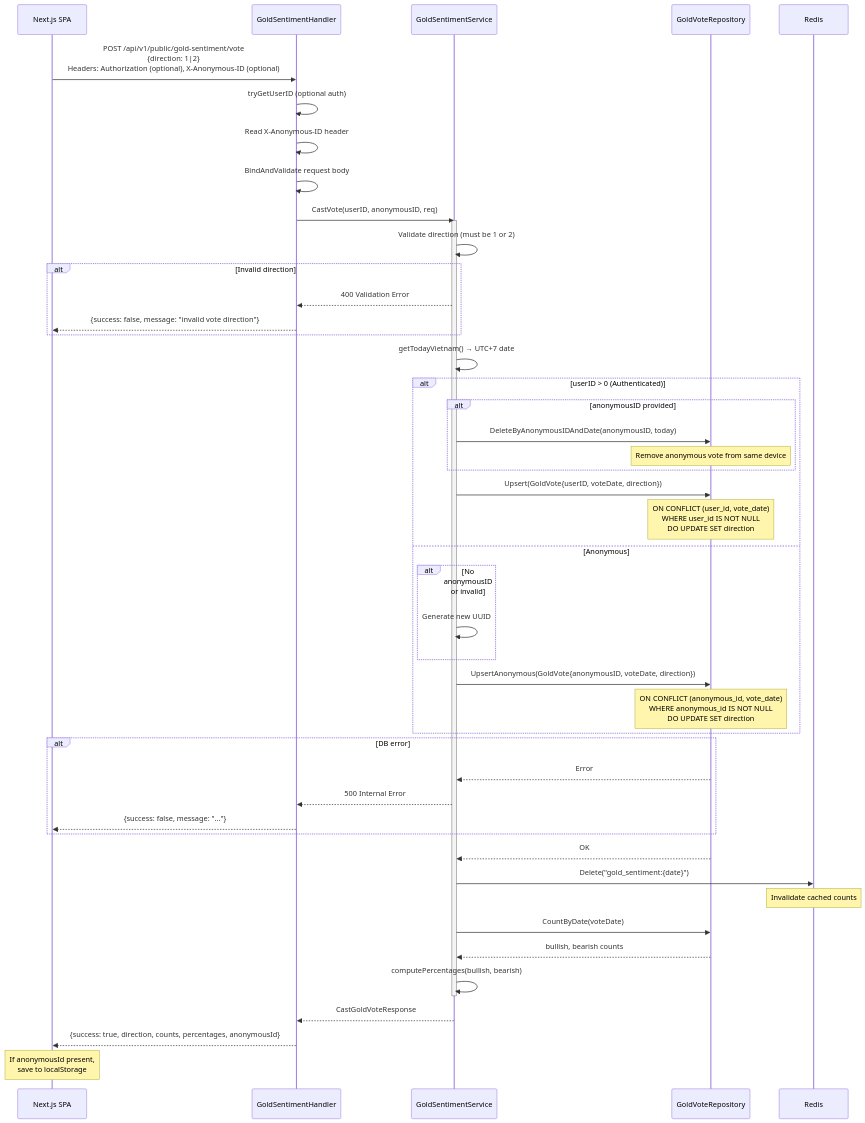
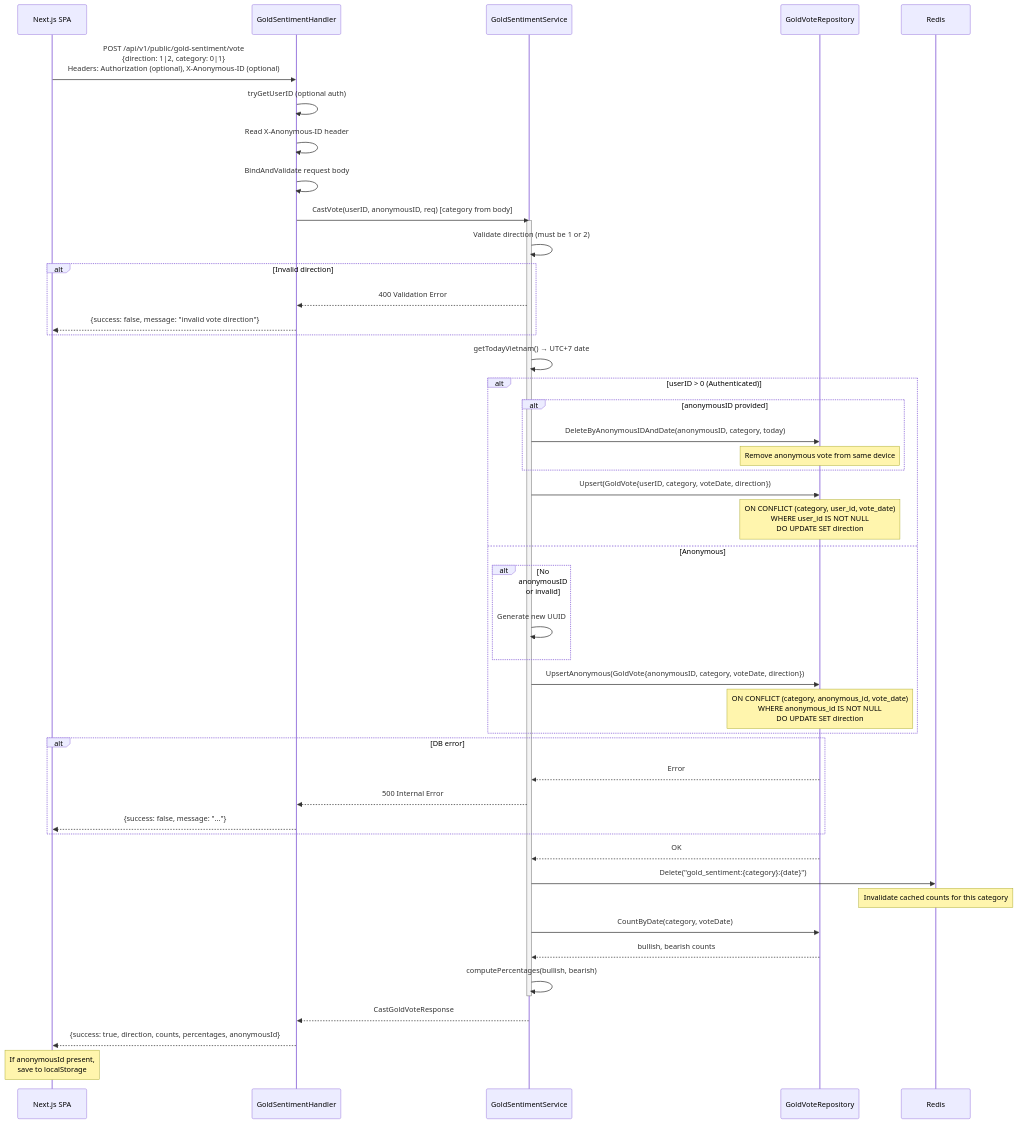
The first of 3 diagrams in docs/architecture/flow-gold-sentiment.md (khanhnq1406/wealth-journey), drawn with Mermaid before and after one commit. The commit also changed other lines of this file and 3 other files, not shown here.

First line of the commit message:
docs(architecture): update C4 and flow diagrams for sentiment generalization

````diff
--- a/docs/architecture/flow-gold-sentiment.md
+++ b/docs/architecture/flow-gold-sentiment.md
@@ -19,57 +19,57 @@
 ```mermaid
 sequenceDiagram
     participant SPA as Next.js SPA
     participant H as GoldSentimentHandler
     participant GS as GoldSentimentService
     participant VR as GoldVoteRepository
     participant R as Redis
 
-    SPA->>H: POST /api/v1/public/gold-sentiment/vote<br/>{direction: 1|2}<br/>Headers: Authorization (optional), X-Anonymous-ID (optional)
+    SPA->>H: POST /api/v1/public/gold-sentiment/vote<br/>{direction: 1|2, category: 0|1}<br/>Headers: Authorization (optional), X-Anonymous-ID (optional)
     H->>H: tryGetUserID (optional auth)
     H->>H: Read X-Anonymous-ID header
     H->>H: BindAndValidate request body
-    H->>GS: CastVote(userID, anonymousID, req)
+    H->>GS: CastVote(userID, anonymousID, req) [category from body]
 
     activate GS
     GS->>GS: Validate direction (must be 1 or 2)
     alt Invalid direction
         GS-->>H: 400 Validation Error
         H-->>SPA: {success: false, message: "invalid vote direction"}
     end
 
     GS->>GS: getTodayVietnam() → UTC+7 date
 
     alt userID > 0 (Authenticated)
         alt anonymousID provided
-            GS->>VR: DeleteByAnonymousIDAndDate(anonymousID, today)
+            GS->>VR: DeleteByAnonymousIDAndDate(anonymousID, category, today)
             Note over VR: Remove anonymous vote from same device
         end
-        GS->>VR: Upsert(GoldVote{userID, voteDate, direction})
-        Note over VR: ON CONFLICT (user_id, vote_date)<br/>WHERE user_id IS NOT NULL<br/>DO UPDATE SET direction
+        GS->>VR: Upsert(GoldVote{userID, category, voteDate, direction})
+        Note over VR: ON CONFLICT (category, user_id, vote_date)<br/>WHERE user_id IS NOT NULL<br/>DO UPDATE SET direction
     else Anonymous
         alt No anonymousID or invalid
             GS->>GS: Generate new UUID
         end
-        GS->>VR: UpsertAnonymous(GoldVote{anonymousID, voteDate, direction})
-        Note over VR: ON CONFLICT (anonymous_id, vote_date)<br/>WHERE anonymous_id IS NOT NULL<br/>DO UPDATE SET direction
+        GS->>VR: UpsertAnonymous(GoldVote{anonymousID, category, voteDate, direction})
+        Note over VR: ON CONFLICT (category, anonymous_id, vote_date)<br/>WHERE anonymous_id IS NOT NULL<br/>DO UPDATE SET direction
     end
 
     alt DB error
         VR-->>GS: Error
         GS-->>H: 500 Internal Error
         H-->>SPA: {success: false, message: "..."}
     end
     VR-->>GS: OK
 
-    GS->>R: Delete("gold_sentiment:{date}")
-    Note over R: Invalidate cached counts
+    GS->>R: Delete("gold_sentiment:{category}:{date}")
+    Note over R: Invalidate cached counts for this category
 
-    GS->>VR: CountByDate(voteDate)
+    GS->>VR: CountByDate(category, voteDate)
     VR-->>GS: bullish, bearish counts
     GS->>GS: computePercentages(bullish, bearish)
     deactivate GS
 
     GS-->>H: CastGoldVoteResponse
     H-->>SPA: {success: true, direction, counts, percentages, anonymousId}
     Note over SPA: If anonymousId present,<br/>save to localStorage
 ```
````
